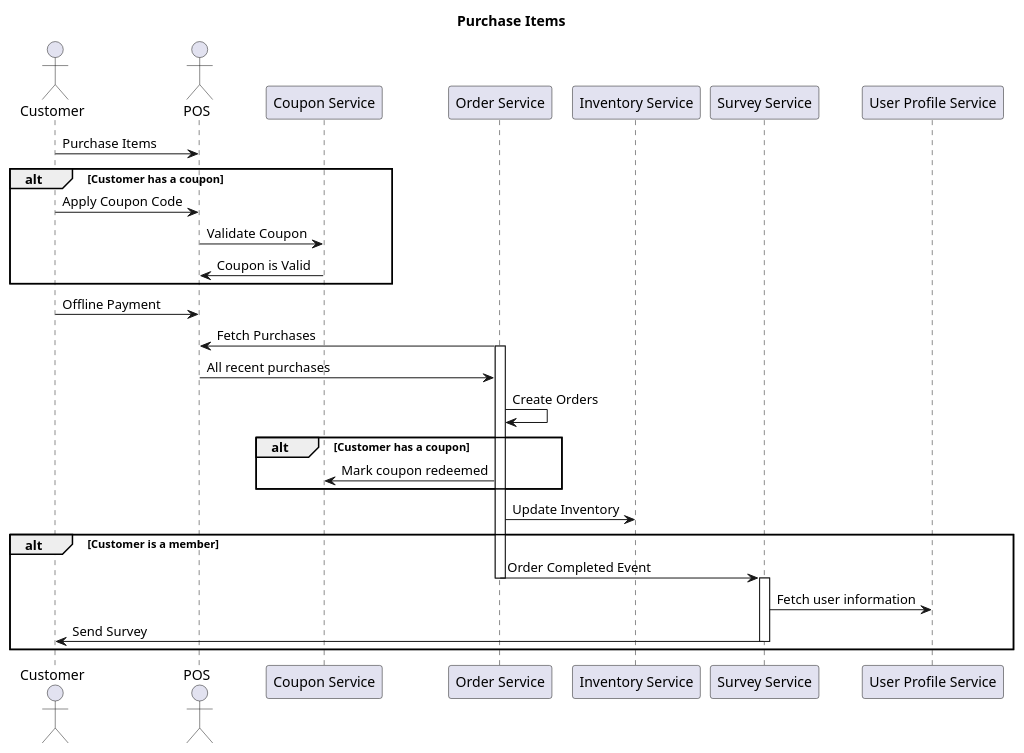
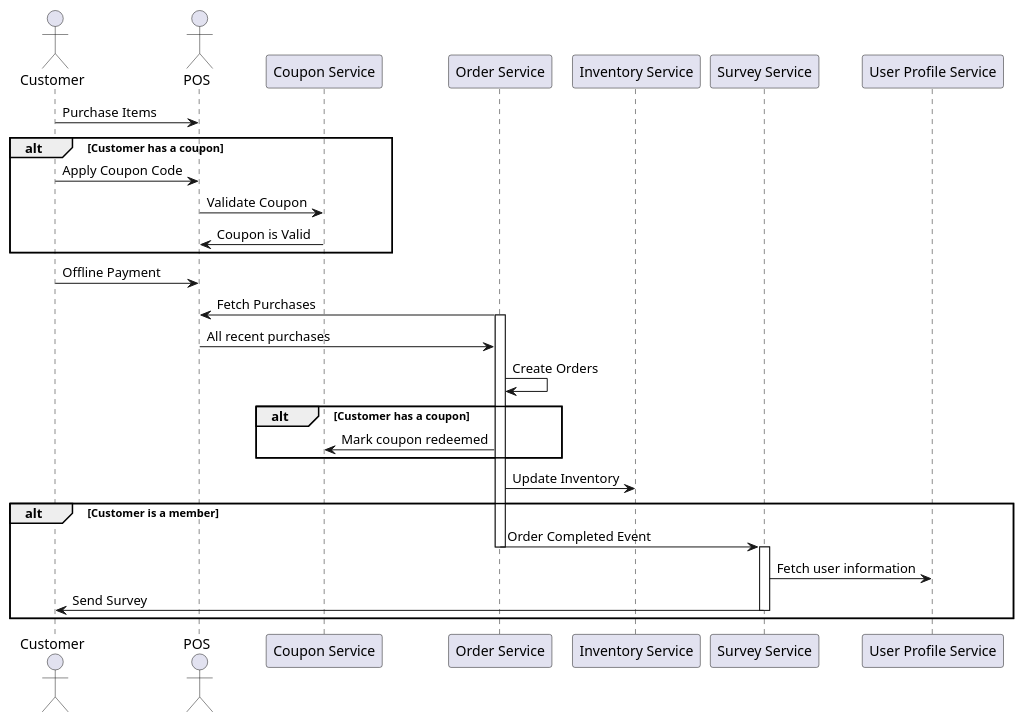
One commit to icedhacker/architecture-katas changed the diagram in sequence-diagrams/puml/purchase-items-and-send-survey.puml. Above: the diagram before and after it, drawn with PlantUML.

```diff
--- a/sequence-diagrams/puml/purchase-items-and-send-survey.puml
+++ b/sequence-diagrams/puml/purchase-items-and-send-survey.puml
@@ -1,37 +1,36 @@
 @startuml
-title Purchase Items
 actor Customer as Cu
 actor POS
 
 participant "Coupon Service" as Co
 participant "Order Service" as O
 participant "Inventory Service" as I
 participant "Survey Service" as S
 participant "User Profile Service" as U
 
 Cu -> POS: Purchase Items
 alt Customer has a coupon
   Cu -> POS: Apply Coupon Code
   POS -> Co: Validate Coupon
   Co -> POS: Coupon is Valid
 end
 Cu -> POS: Offline Payment
 
 O -> POS: Fetch Purchases
 activate O
 POS -> O: All recent purchases
 O -> O: Create Orders
 alt Customer has a coupon
   O -> Co: Mark coupon redeemed
 end
  O -> I: Update Inventory
 
 alt Customer is a member
  O -> S: Order Completed Event
 deactivate O
   activate S
    S -> U: Fetch user information
    S -> Cu: Send Survey
   deactivate S
  end
 @enduml
```
